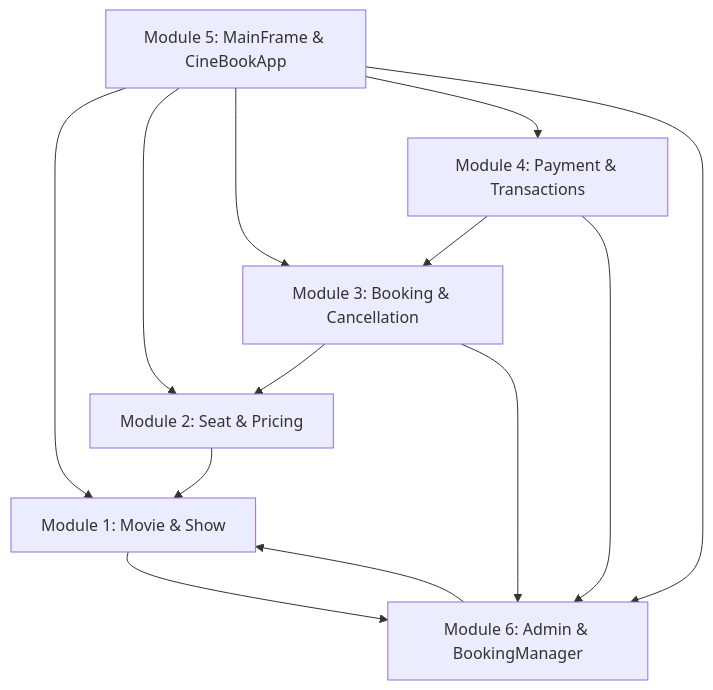
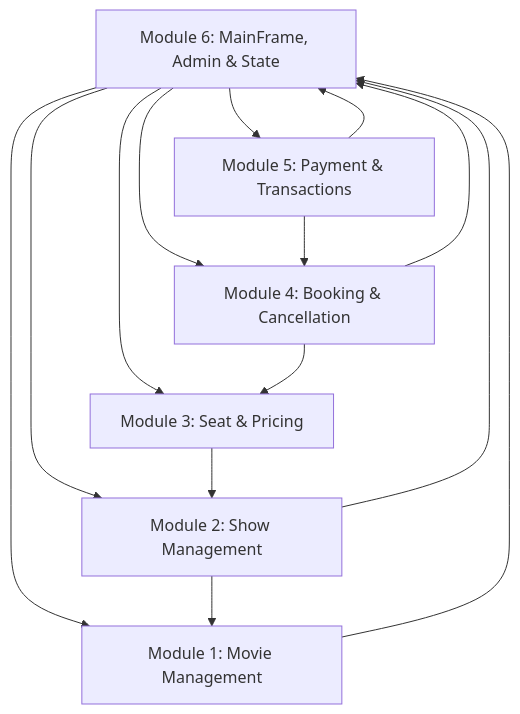
The diagram in README.md (JosephJoshy2007/S3-OOP-Project), drawn with Mermaid before and after one commit. The commit also changed other lines of this file and 5 other files, not shown here.

Commit message:
Separate Member 1 into Movie Management and Member 2 Show Management

````diff
--- a/README.md
+++ b/README.md
@@ -95,16 +103,17 @@
 ```mermaid
 graph TD
-    M5[Module 5: MainFrame & CineBookApp] --> M1[Module 1: Movie & Show]
-    M5 --> M2[Module 2: Seat & Pricing]
-    M5 --> M3[Module 3: Booking & Cancellation]
-    M5 --> M4[Module 4: Payment & Transactions]
-    M5 --> M6[Module 6: Admin & BookingManager]
+    M6[Module 6: MainFrame, Admin & State] --> M1[Module 1: Movie Management]
+    M6 --> M2[Module 2: Show Management]
+    M6 --> M3[Module 3: Seat & Pricing]
+    M6 --> M4[Module 4: Booking & Cancellation]
+    M6 --> M5[Module 5: Payment & Transactions]
 
     M1 --> M6
     M2 --> M1
+    M2 --> M6
     M3 --> M2
-    M3 --> M6
     M4 --> M3
     M4 --> M6
-    M6 --> M1
+    M5 --> M4
+    M5 --> M6
 ```
````
